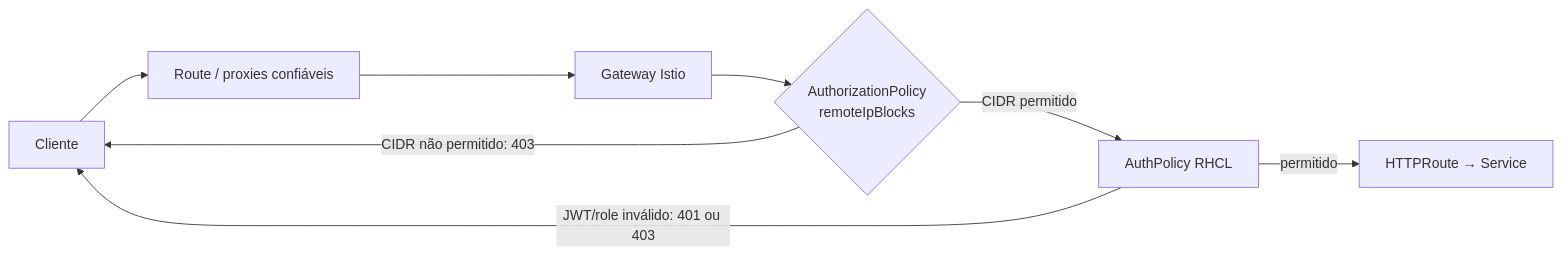
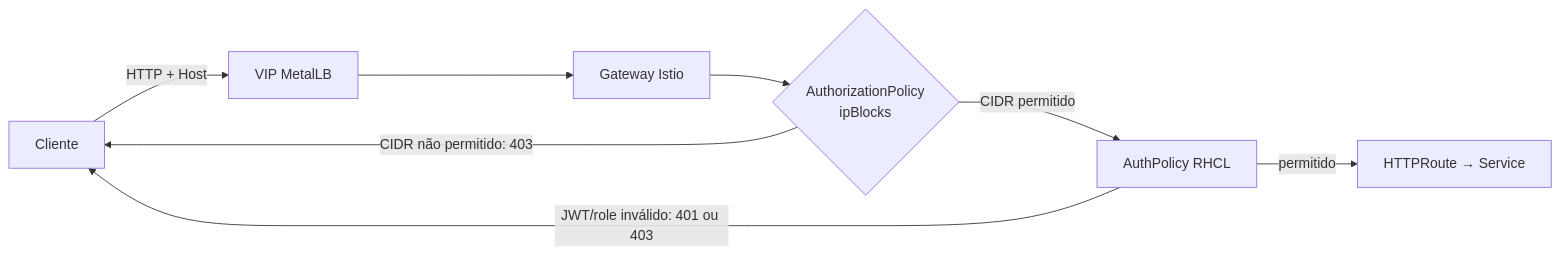
One commit to dsferreira54/sef changed the diagram in docs/source-cidr-allowlist.md. Above: the diagram before and after it, drawn with Mermaid. The commit also changed other lines of this file and 9 other files, not shown here.

Commit message:
Expose hello gateway through MetalLB VIP

````diff
--- a/docs/source-cidr-allowlist.md
+++ b/docs/source-cidr-allowlist.md
@@ -10,10 +10,10 @@
 ```mermaid
 flowchart LR
-  C[Cliente] --> R[Route / proxies confiáveis]
-  R --> G[Gateway Istio]
-  G --> P{AuthorizationPolicy\nremoteIpBlocks}
+  C[Cliente] -->|HTTP + Host| V[VIP MetalLB]
+  V --> G[Gateway Istio]
+  G --> P{AuthorizationPolicy\nipBlocks}
   P -->|CIDR não permitido: 403| C
   P -->|CIDR permitido| A[AuthPolicy RHCL]
   A -->|JWT/role inválido: 401 ou 403| C
   A -->|permitido| H[HTTPRoute → Service]
 ```
````
